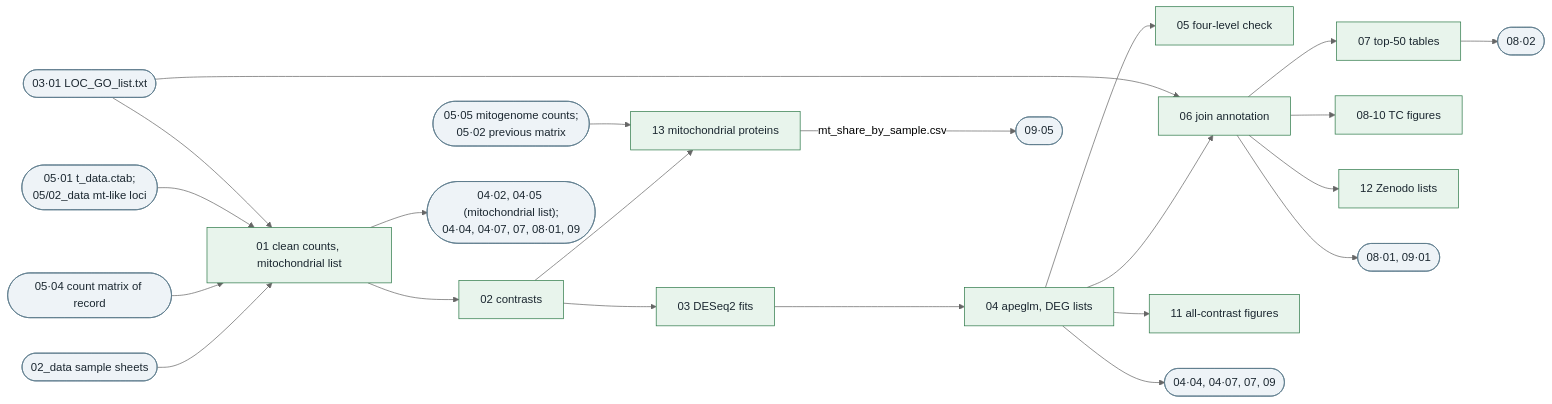
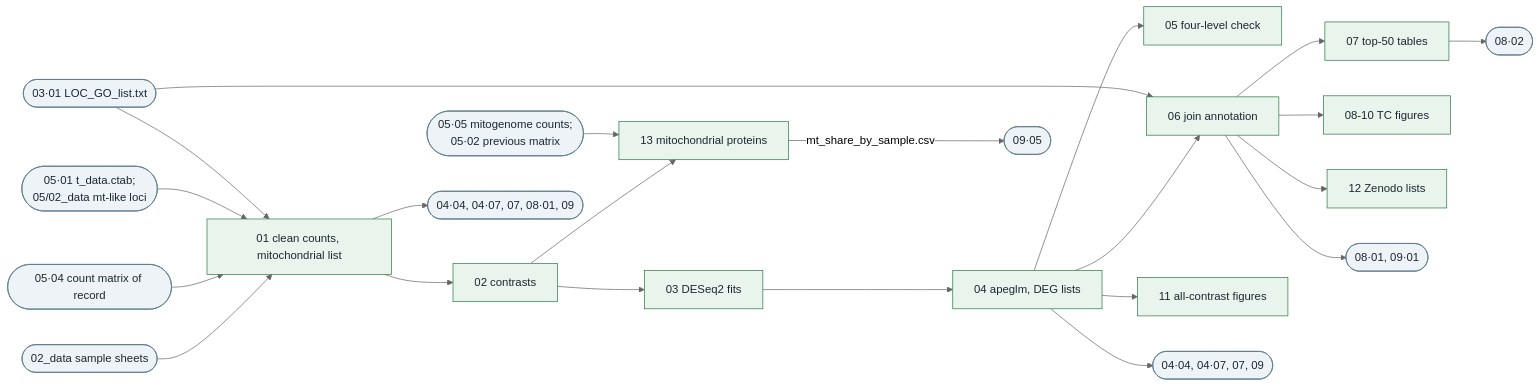
The sixth of 9 diagrams in README.md (mattgeorgephd/PSMFC-mytilus-byssus-pilot), drawn with Mermaid (neutral theme) before and after one commit. The commit also changed other lines of this file and 9 other files, not shown here.

````diff
--- a/README.md
+++ b/README.md
@@ -337,42 +334,42 @@
 ```mermaid
 flowchart LR
   sh(["02_data sample sheets"])
   a4(["05·04 count matrix of record"])
   a1(["05·01 t_data.ctab;<br>05/02_data mt-like loci"])
   b1(["03·01 LOC_GO_list.txt"])
   d1["01 clean counts, mitochondrial list"]
   d2["02 contrasts"]
   d3["03 DESeq2 fits"]
   d4["04 apeglm, DEG lists"]
   d5["05 four-level check"]
   d6["06 join annotation"]
   d7["07 top-50 tables"]
   d8["08-10 TC figures"]
   d11["11 all-contrast figures"]
   d12["12 Zenodo lists"]
   d13["13 mitochondrial proteins"]
   a5(["05·05 mitogenome counts;<br>05·02 previous matrix"])
   sh --> d1
   a4 --> d1
   a1 --> d1
   b1 --> d1
   d1 --> d2 --> d3 --> d4
   d4 --> d5
   d4 --> d6
   b1 --> d6
   d6 --> d7
   d6 --> d8
   d6 --> d12
   d4 --> d11
   d2 --> d13
   a5 --> d13
-  d1 --> r1(["04·02, 04·05 (mitochondrial list);<br>04·04, 04·07, 07, 08·01, 09"])
+  d1 --> r1(["04·04, 04·07, 07, 08·01, 09"])
   d4 --> r2(["04·04, 04·07, 07, 09"])
   d6 --> r3(["08·01, 09·01"])
   d7 --> r4(["08·02"])
   d13 -- "mt_share_by_sample.csv" --> r5(["09·05"])
   classDef ext fill:#eef3f7,stroke:#5b7a8c,color:#1b2730
   classDef run fill:#e8f4ec,stroke:#2f7a4a,color:#1b2730
   class a4,a1,b1,sh,a5,r1,r2,r3,r4,r5 ext
   class d1,d2,d3,d4,d5,d6,d7,d8,d11,d12,d13 run
 ```
````
